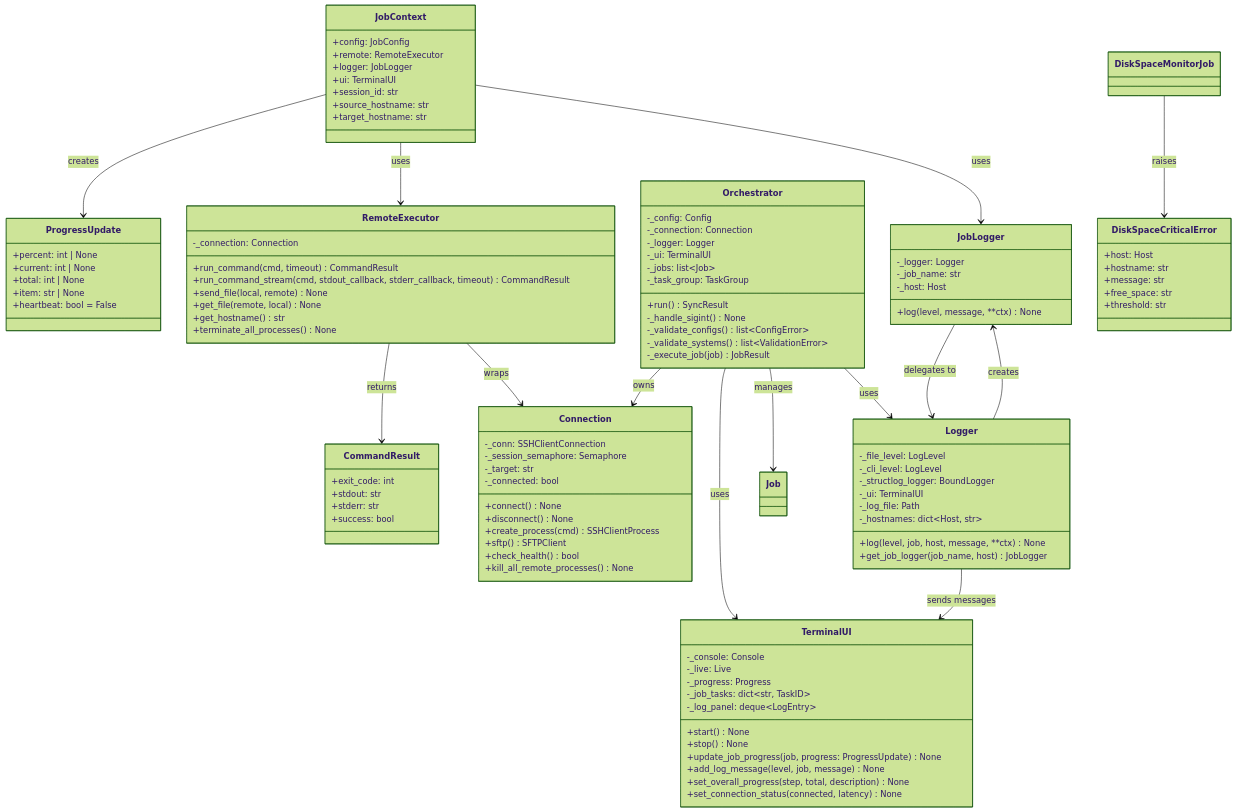
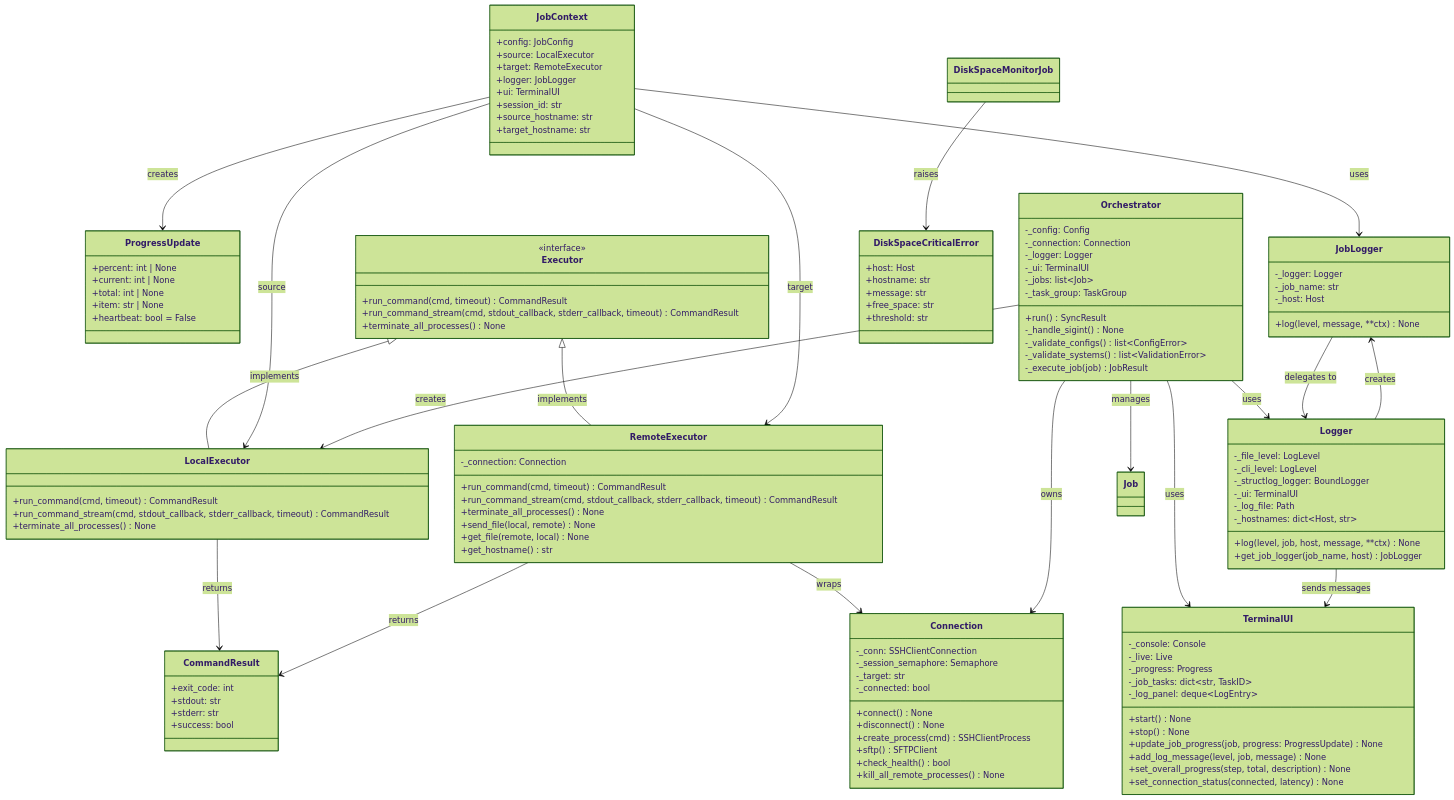
One commit to flaksit/pc-switcher changed the third of 12 diagrams in specs/001-foundation/architecture-claude.md. Above: the diagram before and after it, drawn with Mermaid (forest theme). The commit also changed other lines of this file, not shown here.

First line of the commit message:
Add Executor interface and rename JobContext fields to source/target

```diff
--- a/specs/001-foundation/architecture-claude.md
+++ b/specs/001-foundation/architecture-claude.md
@@ -181,7 +186,8 @@
 classDiagram
     class JobContext {
         +config: JobConfig
-        +remote: RemoteExecutor
+        +source: LocalExecutor
+        +target: RemoteExecutor
         +logger: JobLogger
         +ui: TerminalUI
         +session_id: str
@@ -204,15 +210,31 @@
         +success: bool
     }
 
+    class Executor {
+        <<interface>>
+        +run_command(cmd, timeout) CommandResult
+        +run_command_stream(cmd, stdout_callback, stderr_callback, timeout) CommandResult
+        +terminate_all_processes() None
+    }
+
+    class LocalExecutor {
+        +run_command(cmd, timeout) CommandResult
+        +run_command_stream(cmd, stdout_callback, stderr_callback, timeout) CommandResult
+        +terminate_all_processes() None
+    }
+
     class RemoteExecutor {
         -_connection: Connection
         +run_command(cmd, timeout) CommandResult
         +run_command_stream(cmd, stdout_callback, stderr_callback, timeout) CommandResult
+        +terminate_all_processes() None
         +send_file(local, remote) None
         +get_file(remote, local) None
         +get_hostname() str
-        +terminate_all_processes() None
     }
+
+    Executor <|-- LocalExecutor : implements
+    Executor <|-- RemoteExecutor : implements
 
     class Connection {
         -_conn: SSHClientConnection
@@ -281,12 +303,15 @@
         +threshold: str
     }
 
-    JobContext --> RemoteExecutor : uses
+    JobContext --> LocalExecutor : source
+    JobContext --> RemoteExecutor : target
     JobContext --> JobLogger : uses
     JobContext --> ProgressUpdate : creates
+    LocalExecutor --> CommandResult : returns
     RemoteExecutor --> Connection : wraps
     RemoteExecutor --> CommandResult : returns
     Orchestrator --> Connection : owns
+    Orchestrator --> LocalExecutor : creates
     Orchestrator --> Logger : uses
     Orchestrator --> TerminalUI : uses
     Orchestrator --> Job : manages
```
